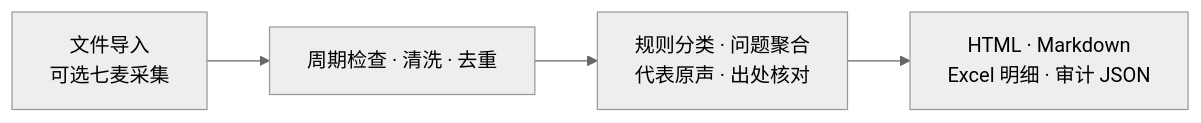
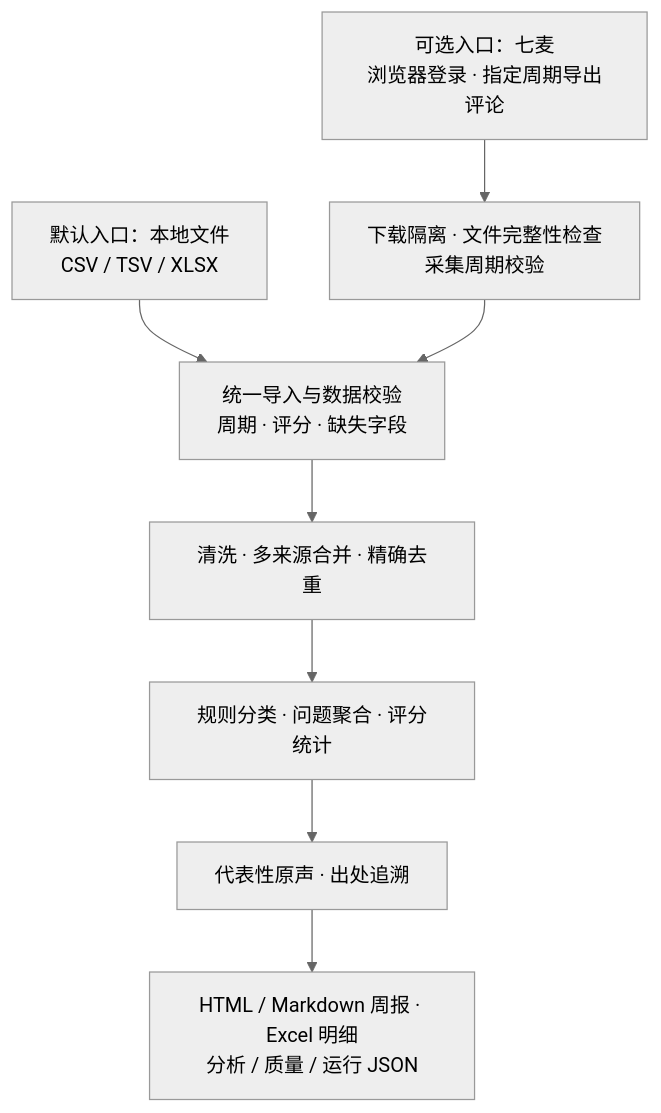
One commit to ask6688/app-user-voice changed the diagram in README.md. Above: the diagram before and after it, drawn with Mermaid (neutral theme). The commit also changed other lines of this file and 1 other file, not shown here.

````diff
--- a/README.md
+++ b/README.md
@@ -16,6 +21,10 @@
 ```mermaid
-flowchart LR
-    A["文件导入<br/>可选七麦采集"] --> B["周期检查 · 清洗 · 去重"]
-    B --> C["规则分类 · 问题聚合<br/>代表原声 · 出处核对"]
-    C --> D["HTML · Markdown<br/>Excel 明细 · 审计 JSON"]
+flowchart TB
+    F["默认入口：本地文件<br/>CSV / TSV / XLSX"] --> V["统一导入与数据校验<br/>周期 · 评分 · 缺失字段"]
+    Q["可选入口：七麦<br/>浏览器登录 · 指定周期导出评论"] --> D["下载隔离 · 文件完整性检查<br/>采集周期校验"]
+    D --> V
+    V --> C["清洗 · 多来源合并 · 精确去重"]
+    C --> A["规则分类 · 问题聚合 · 评分统计"]
+    A --> E["代表性原声 · 出处追溯"]
+    E --> O["HTML / Markdown 周报 · Excel 明细<br/>分析 / 质量 / 运行 JSON"]
 ```
````
